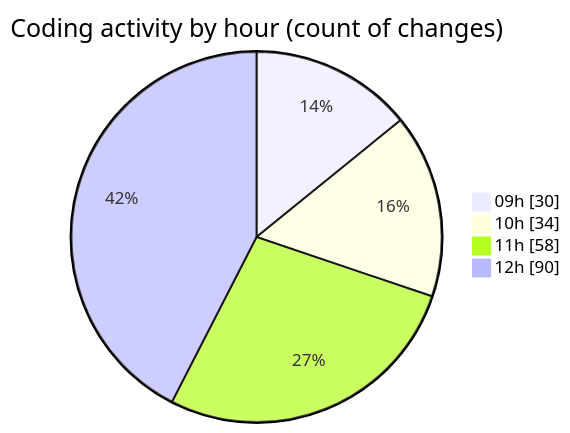
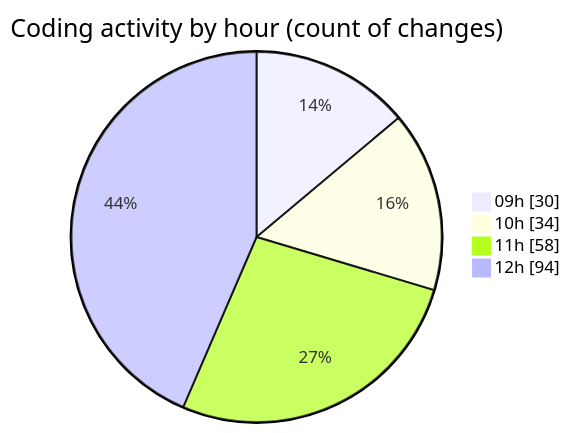
Before and after one commit to momahboobian/code-tracking: the second of 2 diagrams in 2025-04-02/cda/README.md, drawn with Mermaid. The commit also changed other lines of this file and 1 other file, not shown here.

````diff
--- a/2025-04-02/cda/README.md
+++ b/2025-04-02/cda/README.md
@@ -36,8 +36,8 @@
 ```mermaid
 pie showData
 title Coding activity by hour (count of changes)
 "09h" : 30
 "10h" : 34
 "11h" : 58
-"12h" : 90
+"12h" : 94
 ```
````
